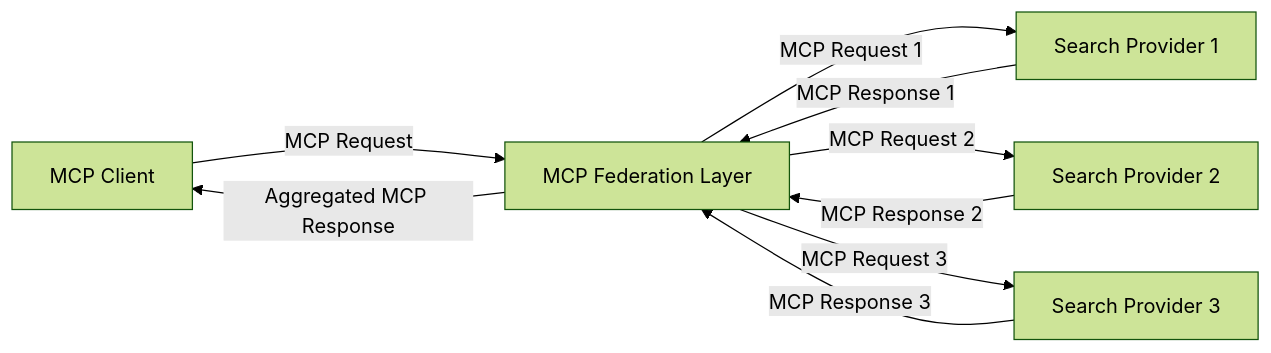
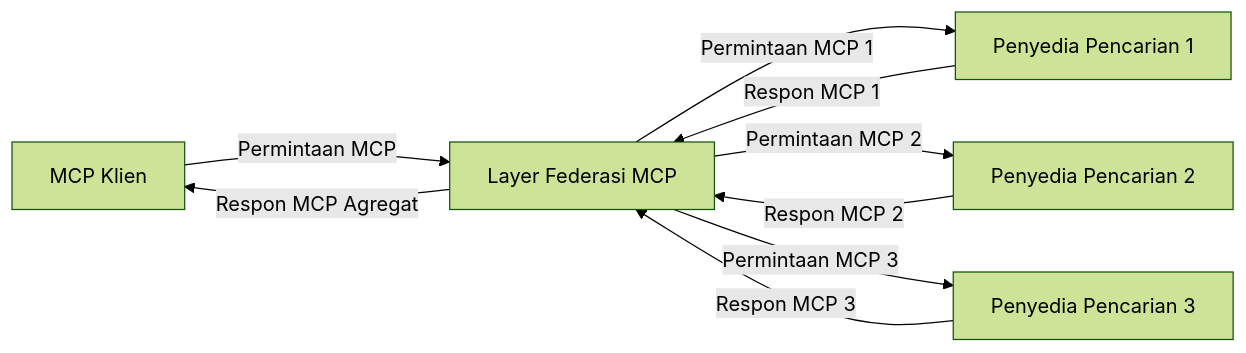
One commit to HIDORAKAI002/ai-workspace-archive changed the third of 4 diagrams in mcp_ecosystem__model_context_protocol/mcp_learning_resources/mcp-for-beginners/translations/id/05-AdvancedTopics/mcp-realtimesearch/README.md. Above: the diagram before and after it, drawn with Mermaid (forest theme). The commit also changed other lines of this file and 1539 other files, not shown here.

````diff
--- a/mcp_ecosystem__model_context_protocol/mcp_learning_resources/mcp-for-beginners/translations/id/05-AdvancedTopics/mcp-realtimesearch/README.md
+++ b/mcp_ecosystem__model_context_protocol/mcp_learning_resources/mcp-for-beginners/translations/id/05-AdvancedTopics/mcp-realtimesearch/README.md
@@ -49,11 +605,11 @@
 ```mermaid
 graph LR
-    Client[MCP Client] --> |MCP Request| Federation[MCP Federation Layer]
-    Federation --> |MCP Request 1| Search1[Search Provider 1]
-    Federation --> |MCP Request 2| Search2[Search Provider 2]
-    Federation --> |MCP Request 3| Search3[Search Provider 3]
-    Search1 --> |MCP Response 1| Federation
-    Search2 --> |MCP Response 2| Federation
-    Search3 --> |MCP Response 3| Federation
-    Federation --> |Aggregated MCP Response| Client
+    Client[MCP Klien] --> |Permintaan MCP| Federation[Layer Federasi MCP]
+    Federation --> |Permintaan MCP 1| Search1[Penyedia Pencarian 1]
+    Federation --> |Permintaan MCP 2| Search2[Penyedia Pencarian 2]
+    Federation --> |Permintaan MCP 3| Search3[Penyedia Pencarian 3]
+    Search1 --> |Respon MCP 1| Federation
+    Search2 --> |Respon MCP 2| Federation
+    Search3 --> |Respon MCP 3| Federation
+    Federation --> |Respon MCP Agregat| Client
 ```
````
